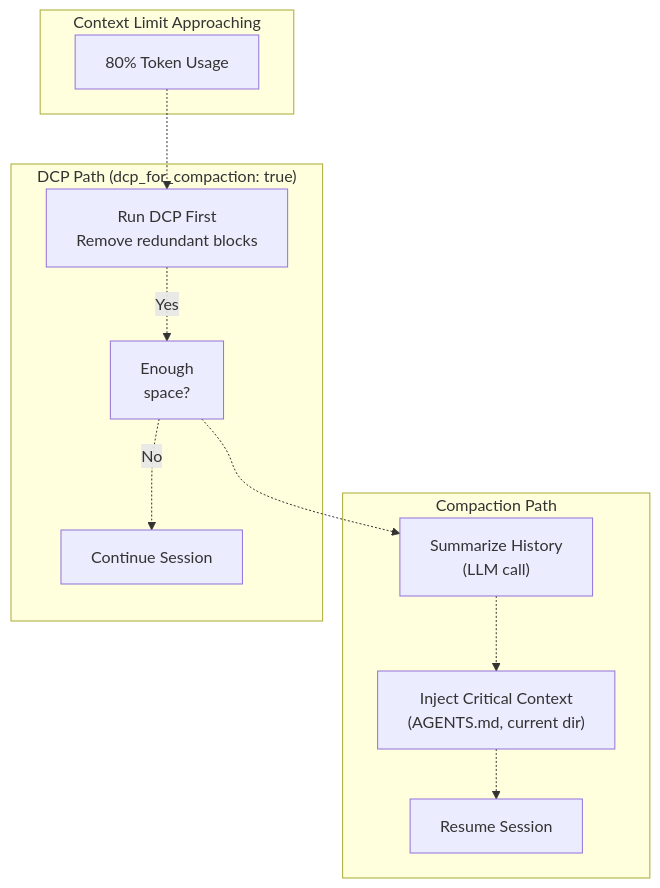
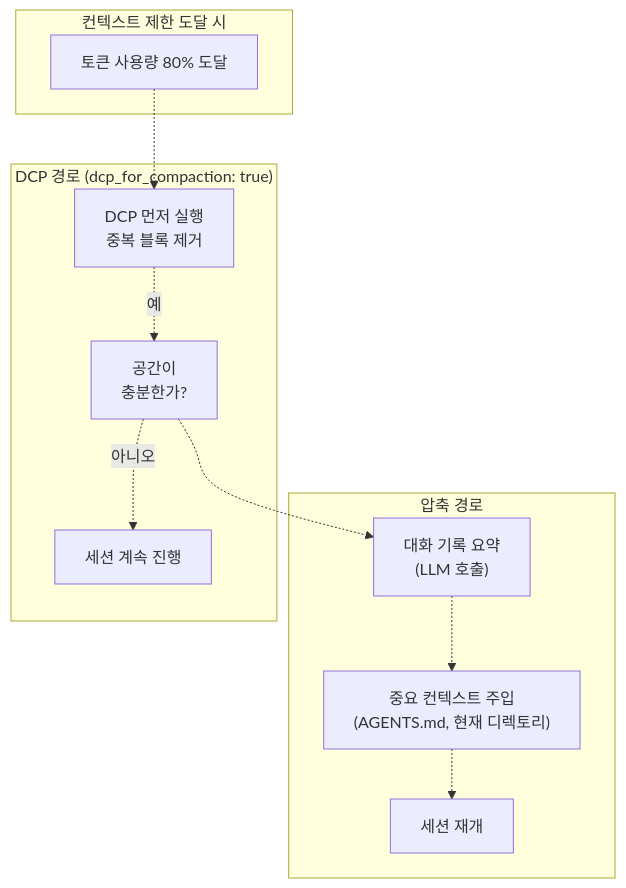
One commit to felipetruman/oh-my-opencode-docs changed the second of 5 diagrams in docs/advanced/advanced-topics.md. Above: the diagram before and after it, drawn with Mermaid. The commit also changed other lines of this file and 76 other files, not shown here.

````diff
--- a/docs/advanced/advanced-topics.md
+++ b/docs/advanced/advanced-topics.md
@@ -190,34 +190,34 @@
 ```mermaid
 flowchart TD
 
-Threshold["80% Token Usage"]
-DCP["Run DCP First<br>Remove redundant blocks"]
-DCPCheck["Enough<br>space?"]
-DCPSuccess["Continue Session"]
-Compact["Summarize History<br>(LLM call)"]
-Inject["Inject Critical Context<br>(AGENTS.md, current dir)"]
-Resume["Resume Session"]
+Threshold["토큰 사용량 80% 도달"]
+DCP["DCP 먼저 실행<br>중복 블록 제거"]
+DCPCheck["공간이<br>충분한가?"]
+DCPSuccess["세션 계속 진행"]
+Compact["대화 기록 요약<br>(LLM 호출)"]
+Inject["중요 컨텍스트 주입<br>(AGENTS.md, 현재 디렉토리)"]
+Resume["세션 재개"]
 
 Threshold -.-> DCP
 DCPCheck -.-> Compact
 
-subgraph subGraph2 ["Compaction Path"]
+subgraph subGraph2 ["압축 경로"]
     Compact
     Inject
     Resume
     Compact -.-> Inject
     Inject -.-> Resume
 end
 
-subgraph subGraph1 ["DCP Path (dcp_for_compaction: true)"]
+subgraph subGraph1 ["DCP 경로 (dcp_for_compaction: true)"]
     DCP
     DCPCheck
     DCPSuccess
-    DCP -.->|"Yes"| DCPCheck
-    DCPCheck -.->|"No"| DCPSuccess
+    DCP -.->|"예"| DCPCheck
+    DCPCheck -.->|"아니오"| DCPSuccess
 end
 
-subgraph subGraph0 ["Context Limit Approaching"]
+subgraph subGraph0 ["컨텍스트 제한 도달 시"]
     Threshold
 end
 ```
````
